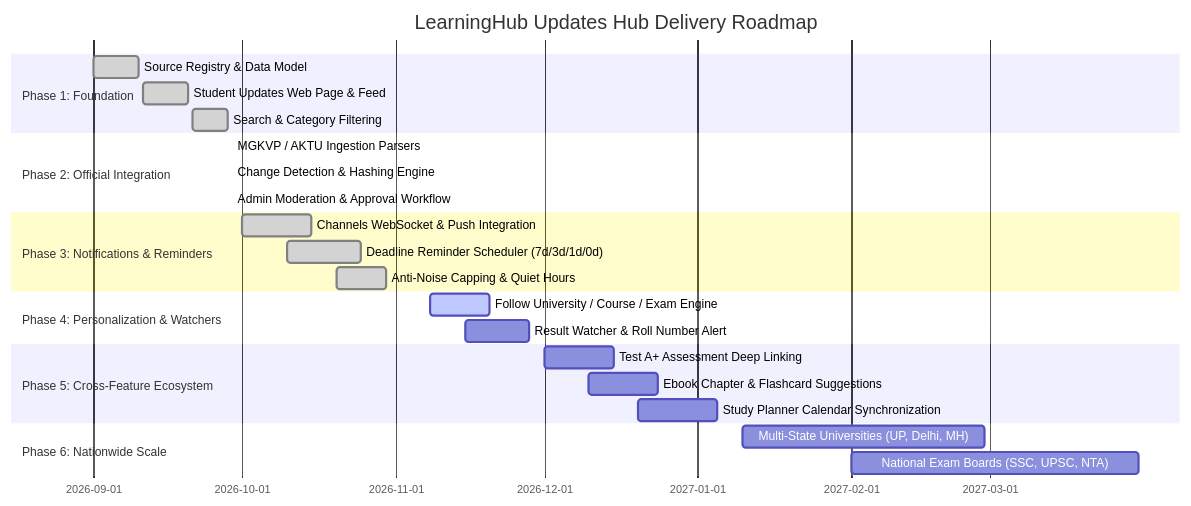
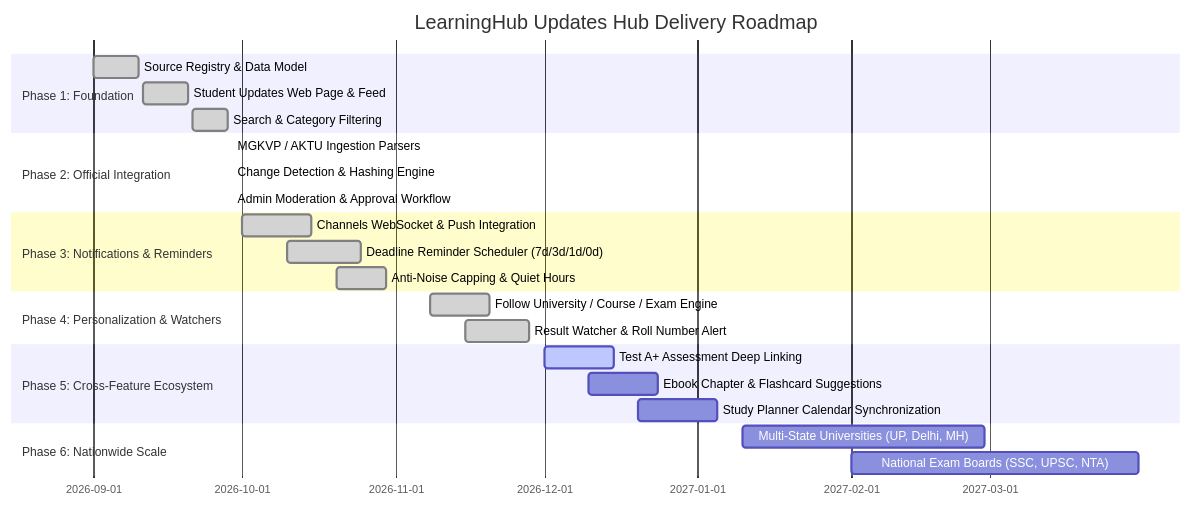
The diagram in UPDATE_ROADMAP.md (Pritamchaurasiya/Learning_Hub), drawn with Mermaid before and after one commit. The commit also changed other lines of this file and 8 other files, not shown here.

Commit message:
feat(updates): implement Phase 4 personalization, 1-click follow engine, and live result watchers

````diff
--- a/UPDATE_ROADMAP.md
+++ b/UPDATE_ROADMAP.md
@@ -10,27 +10,27 @@
 ```mermaid
 gantt
     title LearningHub Updates Hub Delivery Roadmap
     dateFormat  YYYY-MM-DD
     section Phase 1: Foundation
     Source Registry & Data Model            :done, p1_1, 2026-09-01, 2026-09-10
     Student Updates Web Page & Feed         :done, p1_2, 2026-09-11, 2026-09-20
     Search & Category Filtering             :done, p1_3, 2026-09-21, 2026-09-28
     section Phase 2: Official Integration
     MGKVP / AKTU Ingestion Parsers          :done, p2_1, 2026-09-29, 2026-09-29
     Change Detection & Hashing Engine       :done, p2_2, 2026-09-29, 2026-09-29
     Admin Moderation & Approval Workflow    :done, p2_3, 2026-09-29, 2026-09-29
     section Phase 3: Notifications & Reminders
     Channels WebSocket & Push Integration   :done, p3_1, 2026-10-01, 2026-10-15
     Deadline Reminder Scheduler (7d/3d/1d/0d):done, p3_2, 2026-10-10, 2026-10-25
     Anti-Noise Capping & Quiet Hours        :done, p3_3, 2026-10-20, 2026-10-30
     section Phase 4: Personalization & Watchers
-    Follow University / Course / Exam Engine:active, p4_1, 2026-11-08, 2026-11-20
-    Result Watcher & Roll Number Alert      :p4_2, 2026-11-15, 2026-11-28
+    Follow University / Course / Exam Engine:done, p4_1, 2026-11-08, 2026-11-20
+    Result Watcher & Roll Number Alert      :done, p4_2, 2026-11-15, 2026-11-28
     section Phase 5: Cross-Feature Ecosystem
-    Test A+ Assessment Deep Linking         :p5_1, 2026-12-01, 2026-12-15
+    Test A+ Assessment Deep Linking         :active, p5_1, 2026-12-01, 2026-12-15
     Ebook Chapter & Flashcard Suggestions   :p5_2, 2026-12-10, 2026-12-24
     Study Planner Calendar Synchronization  :p5_3, 2026-12-20, 2027-01-05
     section Phase 6: Nationwide Scale
     Multi-State Universities (UP, Delhi, MH):p6_1, 2027-01-10, 2027-02-28
     National Exam Boards (SSC, UPSC, NTA)   :p6_2, 2027-02-01, 2027-03-31
 ```
````
